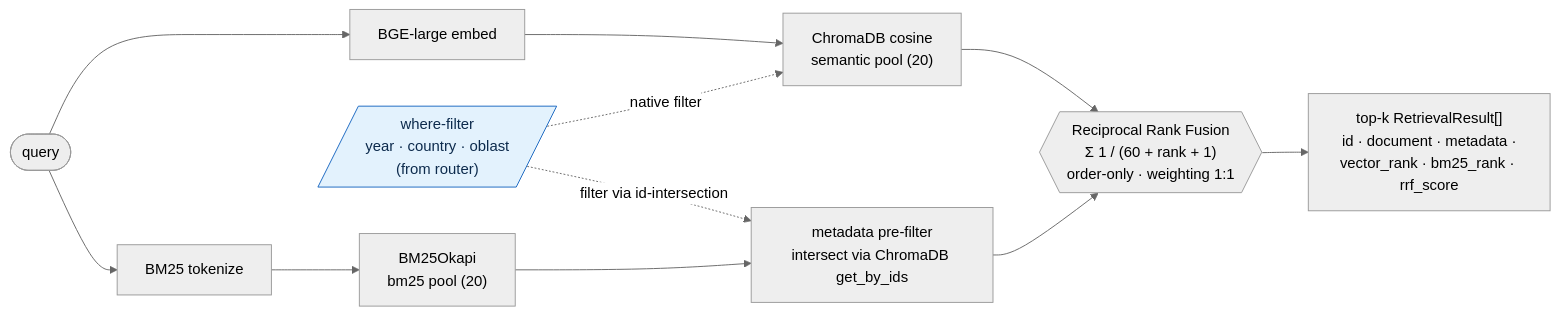
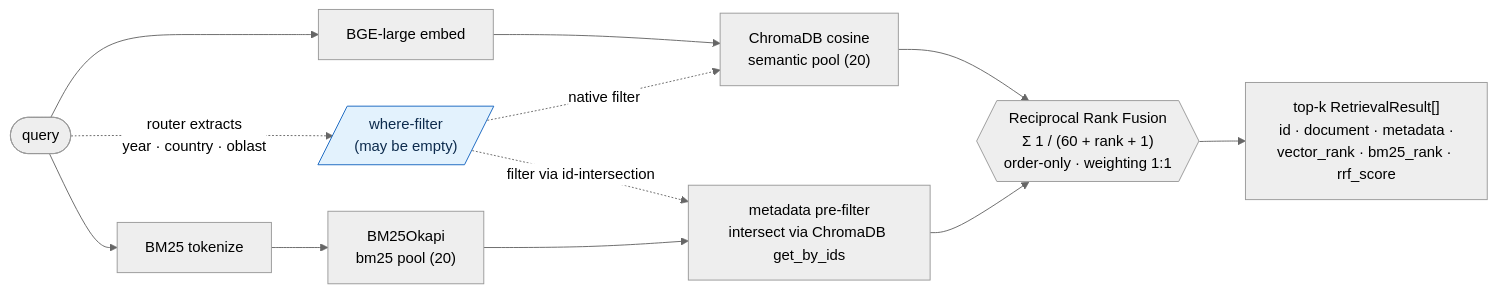
Before and after one commit to floew2/rag-ucdp: the second of 3 diagrams in README.md, drawn with Mermaid (neutral theme). The commit also changed other lines of this file, not shown here.

Commit message:
Update flowchart for offline indexing and filtering

````diff
--- a/README.md
+++ b/README.md
@@ -85,17 +85,17 @@
 ``` mermaid
 flowchart LR
     Q(["query"]) --> EMB["BGE-large embed"]
     Q --> TOKQ["BM25 tokenize"]
-    WHERE[/"where-filter<br/>year · country · oblast<br/>(from router)"/]
+    Q -.->|"router extracts<br/>year · country · oblast"| WHERE[/"where-filter<br/>(may be empty)"/]
     EMB --> VEC["ChromaDB cosine<br/>semantic pool (20)"]
     TOKQ --> BM25["BM25Okapi<br/>bm25 pool (20)"]
     WHERE -.->|native filter| VEC
     WHERE -.->|filter via id-intersection| PF
     BM25 --> PF["metadata pre-filter<br/>intersect via ChromaDB get_by_ids"]
     VEC --> RRF{{"Reciprocal Rank Fusion<br/>Σ 1 / (60 + rank + 1)<br/>order-only · weighting 1:1"}}
     PF --> RRF
     RRF --> TOPK["top-k RetrievalResult[]<br/>id · document · metadata ·<br/>vector_rank · bm25_rank · rrf_score"]
 
     classDef filt fill:#e3f2fd,stroke:#1565c0,color:#0d2b4d;
     class WHERE filt;
 ```
````
